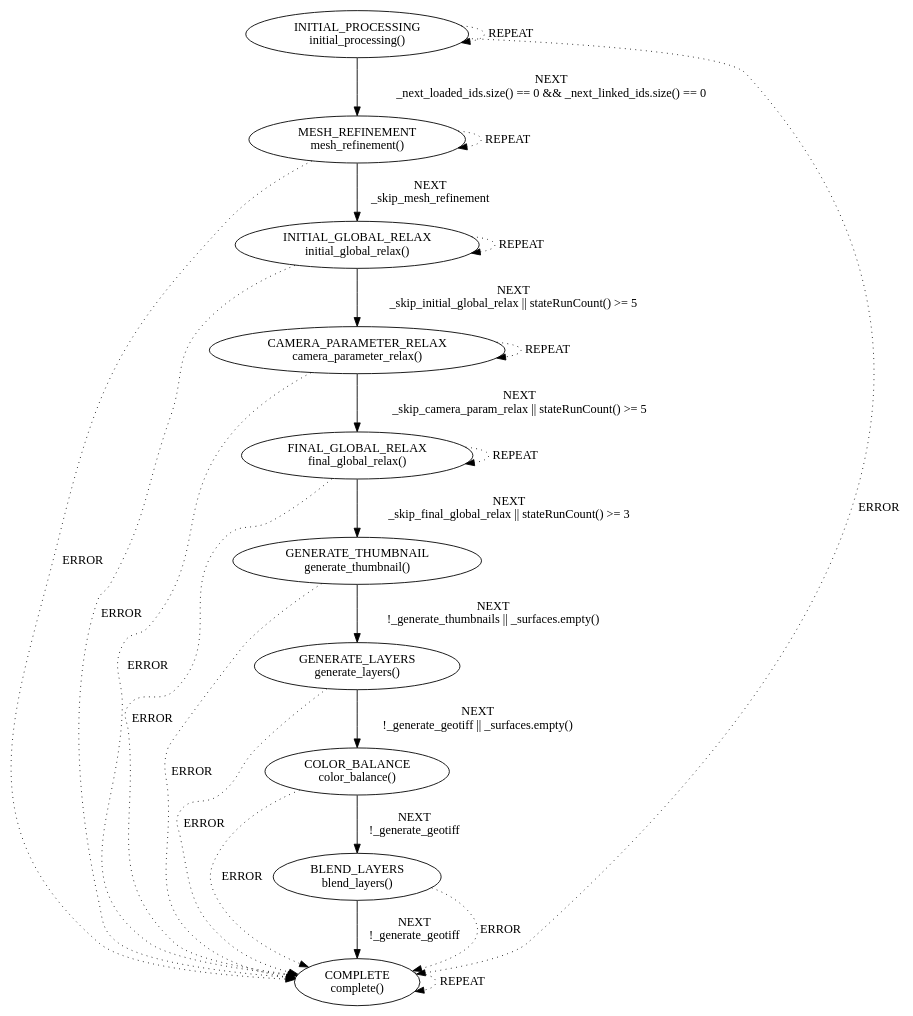
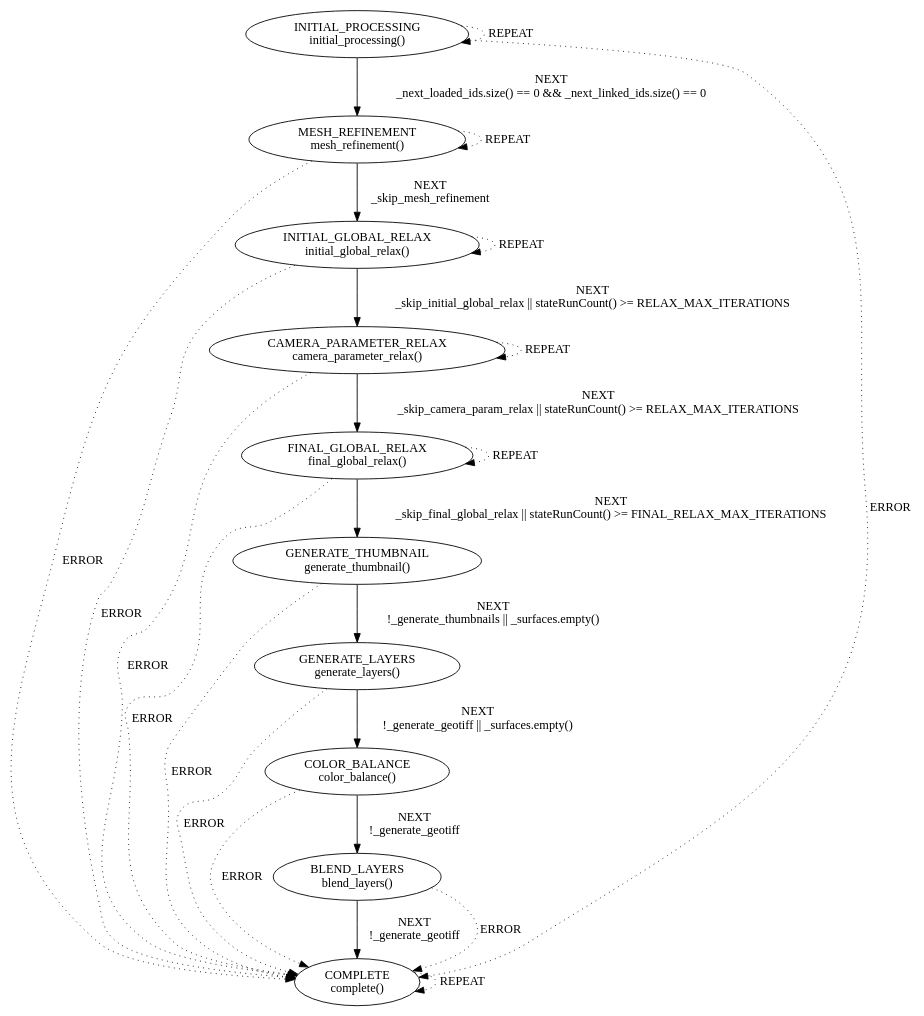
The diagram in src/pipeline/pipeline.cpp.dot (jkflying/opencalibration), drawn with Graphviz before and after one commit.

Commit message:
Update flow diagram

```diff
--- a/src/pipeline/pipeline.cpp.dot
+++ b/src/pipeline/pipeline.cpp.dot
@@ -1,26 +1,26 @@
 digraph {
     "INITIAL_PROCESSING\ninitial_processing()" -> "MESH_REFINEMENT\nmesh_refinement()" [label="NEXT\n_next_loaded_ids.size() == 0 && _next_linked_ids.size() == 0", style="solid", weight=1]
     "INITIAL_PROCESSING\ninitial_processing()" -> "COMPLETE\ncomplete()" [label="ERROR", style="dotted", weight=0.1]
     "MESH_REFINEMENT\nmesh_refinement()" -> "INITIAL_GLOBAL_RELAX\ninitial_global_relax()" [label="NEXT\n_skip_mesh_refinement", style="solid", weight=1]
     "MESH_REFINEMENT\nmesh_refinement()" -> "COMPLETE\ncomplete()" [label="ERROR", style="dotted", weight=0.1]
-    "INITIAL_GLOBAL_RELAX\ninitial_global_relax()" -> "CAMERA_PARAMETER_RELAX\ncamera_parameter_relax()" [label="NEXT\n_skip_initial_global_relax || stateRunCount() >= 5", style="solid", weight=1]
+    "INITIAL_GLOBAL_RELAX\ninitial_global_relax()" -> "CAMERA_PARAMETER_RELAX\ncamera_parameter_relax()" [label="NEXT\n_skip_initial_global_relax || stateRunCount() >= RELAX_MAX_ITERATIONS", style="solid", weight=1]
     "INITIAL_GLOBAL_RELAX\ninitial_global_relax()" -> "COMPLETE\ncomplete()" [label="ERROR", style="dotted", weight=0.1]
-    "CAMERA_PARAMETER_RELAX\ncamera_parameter_relax()" -> "FINAL_GLOBAL_RELAX\nfinal_global_relax()" [label="NEXT\n_skip_camera_param_relax || stateRunCount() >= 5", style="solid", weight=1]
+    "CAMERA_PARAMETER_RELAX\ncamera_parameter_relax()" -> "FINAL_GLOBAL_RELAX\nfinal_global_relax()" [label="NEXT\n_skip_camera_param_relax || stateRunCount() >= RELAX_MAX_ITERATIONS", style="solid", weight=1]
     "CAMERA_PARAMETER_RELAX\ncamera_parameter_relax()" -> "COMPLETE\ncomplete()" [label="ERROR", style="dotted", weight=0.1]
-    "FINAL_GLOBAL_RELAX\nfinal_global_relax()" -> "GENERATE_THUMBNAIL\ngenerate_thumbnail()" [label="NEXT\n_skip_final_global_relax || stateRunCount() >= 3", style="solid", weight=1]
+    "FINAL_GLOBAL_RELAX\nfinal_global_relax()" -> "GENERATE_THUMBNAIL\ngenerate_thumbnail()" [label="NEXT\n_skip_final_global_relax || stateRunCount() >= FINAL_RELAX_MAX_ITERATIONS", style="solid", weight=1]
     "FINAL_GLOBAL_RELAX\nfinal_global_relax()" -> "COMPLETE\ncomplete()" [label="ERROR", style="dotted", weight=0.1]
     "GENERATE_THUMBNAIL\ngenerate_thumbnail()" -> "GENERATE_LAYERS\ngenerate_layers()" [label="NEXT\n!_generate_thumbnails || _surfaces.empty()", style="solid", weight=1]
     "GENERATE_THUMBNAIL\ngenerate_thumbnail()" -> "COMPLETE\ncomplete()" [label="ERROR", style="dotted", weight=0.1]
     "GENERATE_LAYERS\ngenerate_layers()" -> "COLOR_BALANCE\ncolor_balance()" [label="NEXT\n!_generate_geotiff || _surfaces.empty()", style="solid", weight=1]
     "GENERATE_LAYERS\ngenerate_layers()" -> "COMPLETE\ncomplete()" [label="ERROR", style="dotted", weight=0.1]
     "COLOR_BALANCE\ncolor_balance()" -> "BLEND_LAYERS\nblend_layers()" [label="NEXT\n!_generate_geotiff", style="solid", weight=1]
     "COLOR_BALANCE\ncolor_balance()" -> "COMPLETE\ncomplete()" [label="ERROR", style="dotted", weight=0.1]
     "BLEND_LAYERS\nblend_layers()" -> "COMPLETE\ncomplete()" [label="NEXT\n!_generate_geotiff", style="solid", weight=1]
     "BLEND_LAYERS\nblend_layers()" -> "COMPLETE\ncomplete()" [label="ERROR", style="dotted", weight=0.1]
     "INITIAL_PROCESSING\ninitial_processing()" -> "INITIAL_PROCESSING\ninitial_processing()" [label="REPEAT", style="dotted", weight=0.1]
     "INITIAL_GLOBAL_RELAX\ninitial_global_relax()" -> "INITIAL_GLOBAL_RELAX\ninitial_global_relax()" [label="REPEAT", style="dotted", weight=0.1]
     "CAMERA_PARAMETER_RELAX\ncamera_parameter_relax()" -> "CAMERA_PARAMETER_RELAX\ncamera_parameter_relax()" [label="REPEAT", style="dotted", weight=0.1]
     "FINAL_GLOBAL_RELAX\nfinal_global_relax()" -> "FINAL_GLOBAL_RELAX\nfinal_global_relax()" [label="REPEAT", style="dotted", weight=0.1]
     "MESH_REFINEMENT\nmesh_refinement()" -> "MESH_REFINEMENT\nmesh_refinement()" [label="REPEAT", style="dotted", weight=0.1]
     "COMPLETE\ncomplete()" -> "COMPLETE\ncomplete()" [label="REPEAT", style="dotted", weight=0.1]
 }
```
